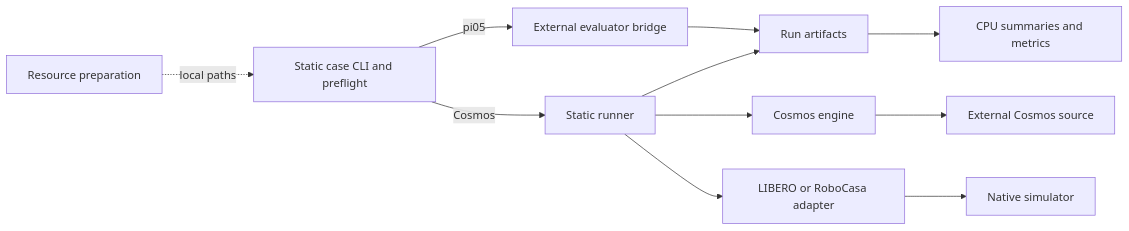
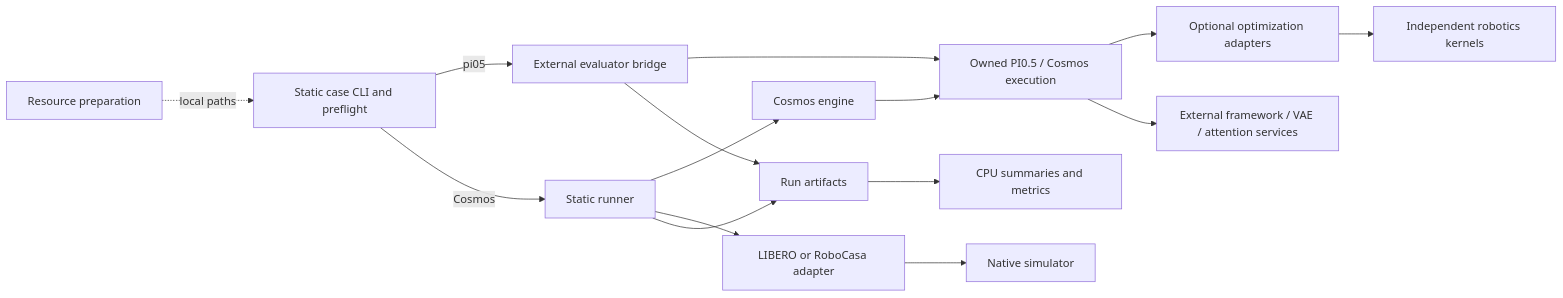
The first of 2 diagrams in docs/architecture.md (Ther-nullptr/robotics-the-speedup-paradox), drawn with Mermaid before and after one commit. The commit also changed other lines of this file and 8 other files, not shown here.

First line of the commit message:
docs: 更新本仓推理与算子架构 / document owned inference and kernel architecture

````diff
--- a/docs/architecture.md
+++ b/docs/architecture.md
@@ -22,15 +22,19 @@
 ```mermaid
 flowchart LR
     accTitle: Implemented Static Case Architecture
-    accDescr: Explicit resource preparation supplies three case launchers. Pi05 uses an external evaluator bridge. Cosmos cases use the shared static runner with separate engine and simulator adapters. Both paths produce artifacts for CPU analysis.
+    accDescr: Three case launchers call owned model execution code through the Pi05 evaluator bridge or Cosmos engine. Optional optimization adapters use independent kernels. Simulator and framework dependencies remain external. Runs produce artifacts for CPU analysis.
     resources["Resource preparation"] -. "local paths" .-> case_cli["Static case CLI and preflight"]
     case_cli -->|pi05| evaluator["External evaluator bridge"]
     case_cli -->|Cosmos| runner["Static runner"]
     runner --> engine["Cosmos engine"]
     runner --> simulator["LIBERO or RoboCasa adapter"]
-    engine --> model_source["External Cosmos source"]
+    engine --> models["Owned PI0.5 / Cosmos execution"]
+    evaluator --> models
+    models --> optimizations["Optional optimization adapters"]
+    optimizations --> kernels["Independent robotics kernels"]
+    models --> dependencies["External framework / VAE / attention services"]
     simulator --> native_env["Native simulator"]
     evaluator --> artifacts["Run artifacts"]
     runner --> artifacts
     artifacts --> analysis["CPU summaries and metrics"]
 ```
````
